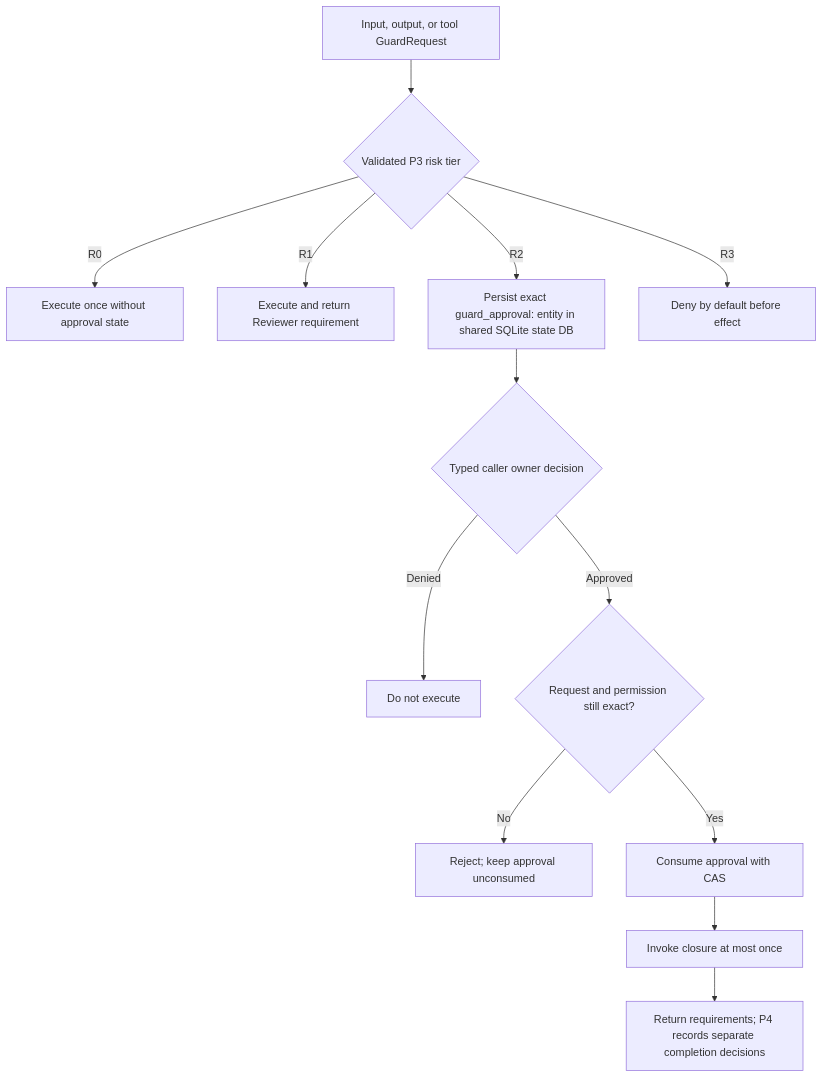
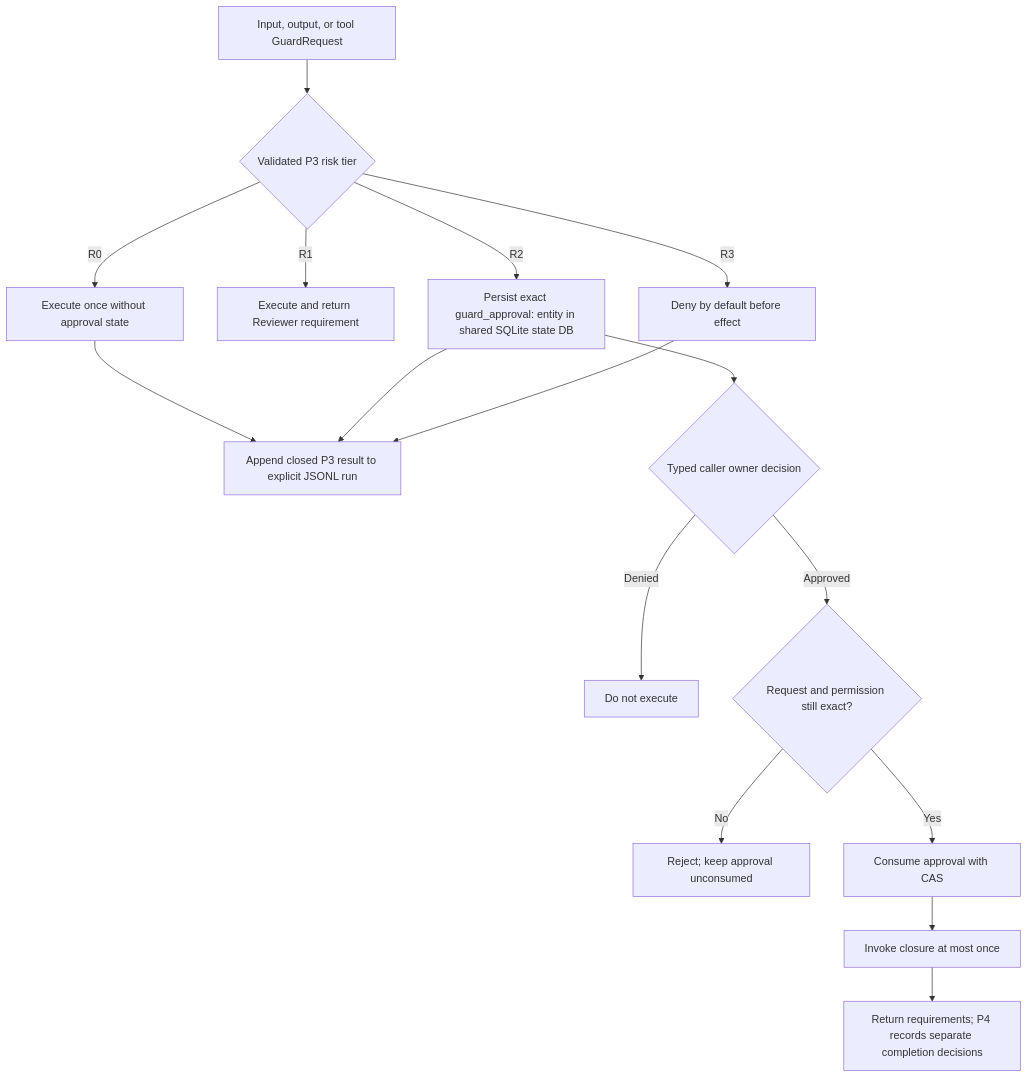
Diagram 14 of 16 in docs/system-workflows.md (nattawatpuntachot52/ovca-core), drawn with Mermaid before and after one commit. The commit also changed other lines of this file and 15 other files, not shown here.

````diff
--- a/docs/system-workflows.md
+++ b/docs/system-workflows.md
@@ -547,15 +563,18 @@
 ```mermaid
 flowchart TD
     Guard["Input, output, or tool GuardRequest"] --> Policy{"Validated P3 risk tier"}
     Policy -->|"R0"| Allow["Execute once without approval state"]
     Policy -->|"R1"| ReviewGate["Execute and return Reviewer requirement"]
     Policy -->|"R2"| Pause["Persist exact guard_approval: entity in shared SQLite state DB"]
     Policy -->|"R3"| Deny["Deny by default before effect"]
+    Allow --> Project["Append closed P3 result to explicit JSONL run"]
+    Pause --> Project
+    Deny --> Project
     Pause --> Owner{"Typed caller owner decision"}
     Owner -->|"Denied"| Stop["Do not execute"]
     Owner -->|"Approved"| Exact{"Request and permission still exact?"}
     Exact -->|"No"| Mismatch["Reject; keep approval unconsumed"]
     Exact -->|"Yes"| Consume["Consume approval with CAS"]
     Consume --> Effect["Invoke closure at most once"]
     Effect --> Downstream["Return requirements; P4 records separate completion decisions"]
 ```
````
